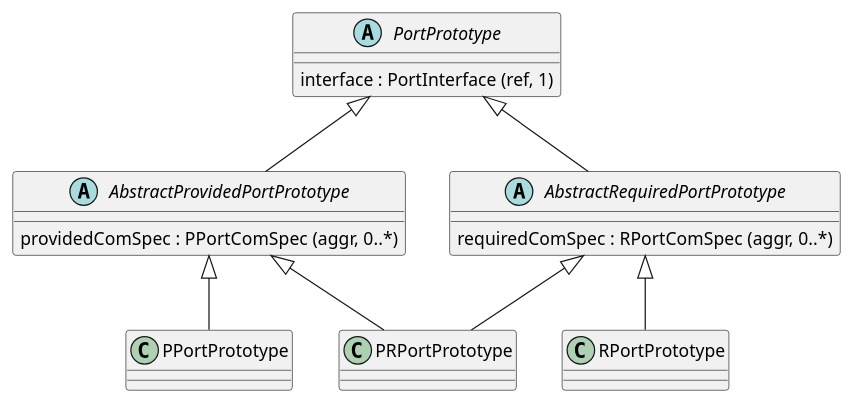
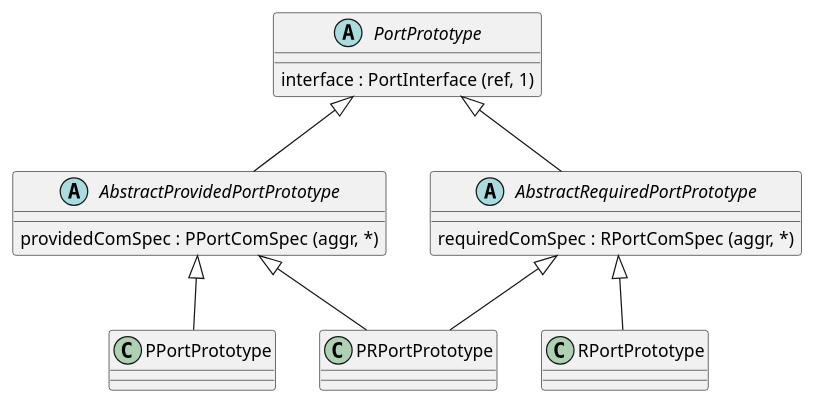
The second of 6 diagrams in vault-base/Topics/Technical-Topics/OS/AUTOSAR/General/AUTOSAR-SW-Components.md (hazemanwer2000/knowledge-base), drawn with PlantUML before and after one commit. The commit also changed other lines of this file, not shown here.

````diff
--- a/vault-base/Topics/Technical-Topics/OS/AUTOSAR/General/AUTOSAR-SW-Components.md
+++ b/vault-base/Topics/Technical-Topics/OS/AUTOSAR/General/AUTOSAR-SW-Components.md
@@ -37,21 +37,21 @@
 ```plantuml
 abstract PortPrototype {
 	interface : PortInterface (ref, 1)
 }
 abstract AbstractProvidedPortPrototype {
-	providedComSpec : PPortComSpec (aggr, 0..*)
+	providedComSpec : PPortComSpec (aggr, *)
 }
 abstract AbstractRequiredPortPrototype {
-	requiredComSpec : RPortComSpec (aggr, 0..*)
+	requiredComSpec : RPortComSpec (aggr, *)
 }
 class PPortPrototype
 class RPortPrototype
 class PRPortPrototype
 
 PortPrototype <|-- AbstractProvidedPortPrototype
 PortPrototype <|-- AbstractRequiredPortPrototype
 AbstractProvidedPortPrototype <|-- PPortPrototype
 AbstractProvidedPortPrototype <|-- PRPortPrototype
 AbstractRequiredPortPrototype <|-- RPortPrototype
 AbstractRequiredPortPrototype <|-- PRPortPrototype
 ```
````
